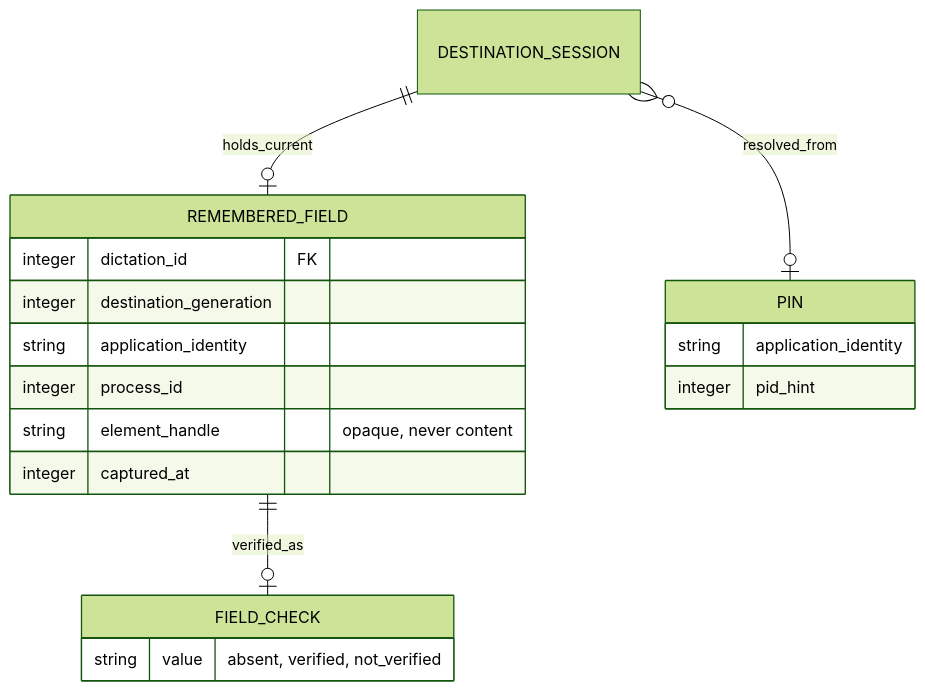
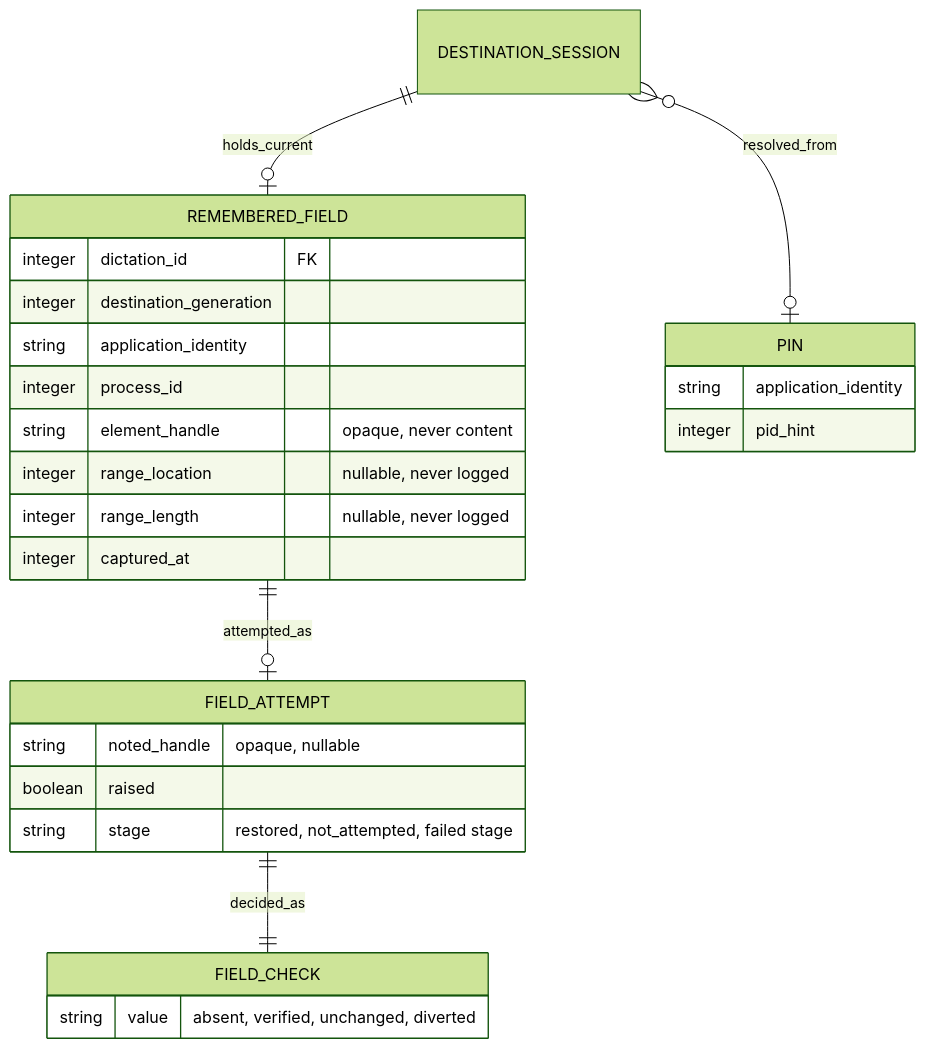
The fourth of 4 diagrams in .specs/features/011-dictation-field-return/plan.md (julien-m/handy), drawn with Mermaid (forest theme) before and after one commit. The commit also changed other lines of this file and 2 other files, not shown here.

````diff
--- a/.specs/features/011-dictation-field-return/plan.md
+++ b/.specs/features/011-dictation-field-return/plan.md
@@ -280,21 +334,29 @@
 ```mermaid
 erDiagram
     DESTINATION_SESSION ||--o| REMEMBERED_FIELD : holds_current
     DESTINATION_SESSION }o--o| PIN : resolved_from
-    REMEMBERED_FIELD ||--o| FIELD_CHECK : verified_as
+    REMEMBERED_FIELD ||--o| FIELD_ATTEMPT : attempted_as
+    FIELD_ATTEMPT ||--|| FIELD_CHECK : decided_as
     REMEMBERED_FIELD {
         integer dictation_id FK
         integer destination_generation
         string application_identity
         integer process_id
         string element_handle "opaque, never content"
+        integer range_location "nullable, never logged"
+        integer range_length "nullable, never logged"
         integer captured_at
     }
+    FIELD_ATTEMPT {
+        string noted_handle "opaque, nullable"
+        boolean raised
+        string stage "restored, not_attempted, failed stage"
+    }
     FIELD_CHECK {
-        string value "absent, verified, not_verified"
+        string value "absent, verified, unchanged, diverted"
     }
     PIN {
         string application_identity
         integer pid_hint
     }
 ```
````
